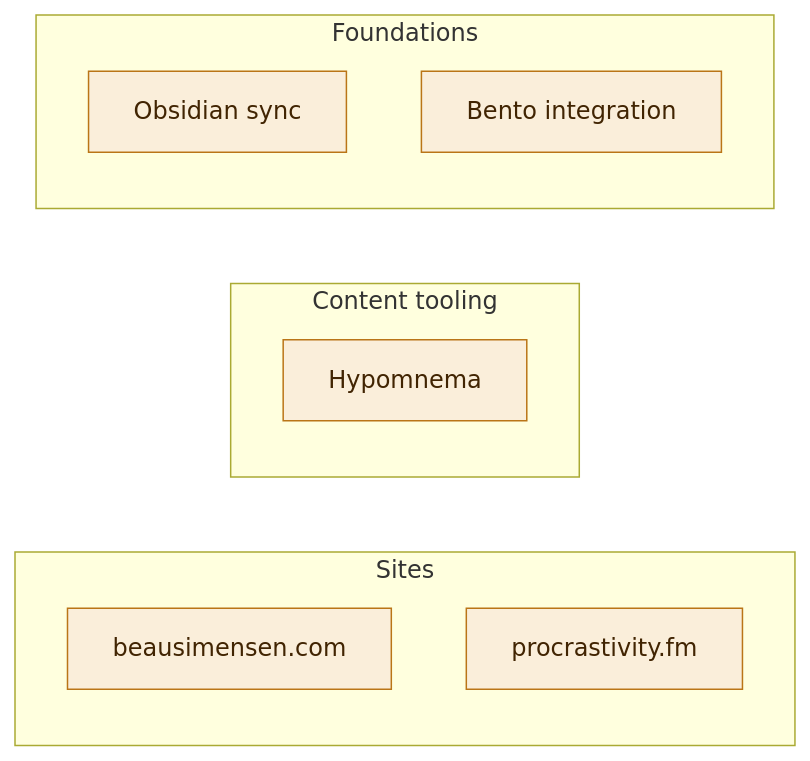
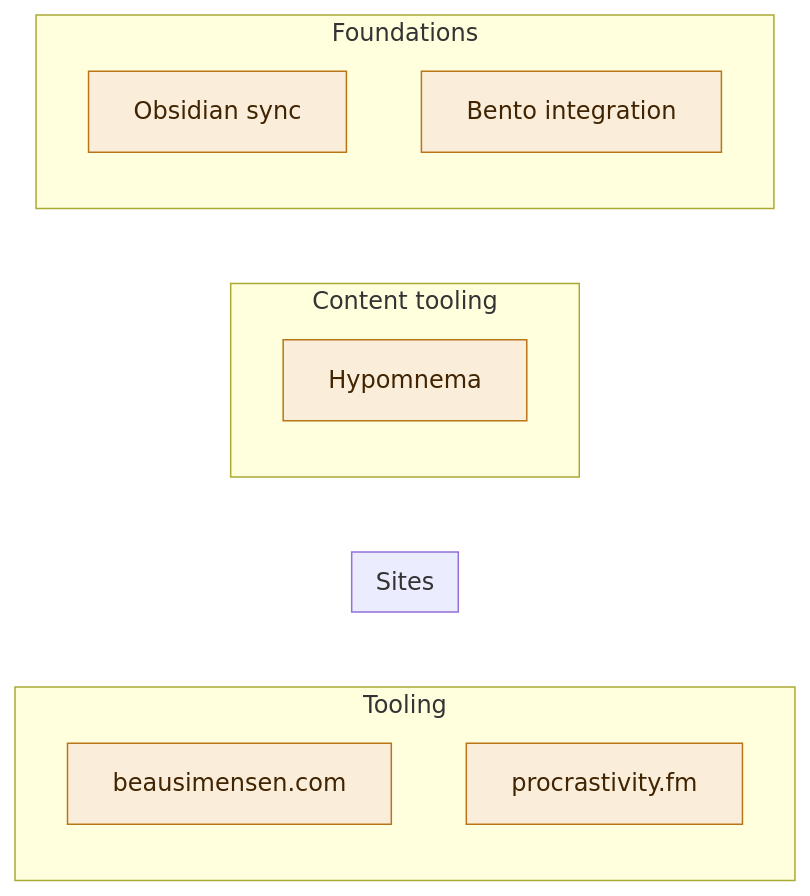
The diagram in pages/now.md (simensen/beausimensen-com-content), drawn with Mermaid before and after one commit.

Commit message:
sync 2026-08-15T13:10:51Z

````diff
--- a/pages/now.md
+++ b/pages/now.md
@@ -12,26 +12,26 @@
 ```mermaid
 flowchart LR
-    subgraph Sites
+    subgraph Tooling
         beausimensen[beausimensen.com]
         procrastivity[procrastivity.fm]
     end
 
     subgraph Sites
         beausimensen[beausimensen.com]
         procrastivity[procrastivity.fm]
     end
 
     subgraph "Content tooling"
         hypomnema[Hypomnema]
     end
 
     subgraph Foundations
         sync[Obsidian sync]
         bento[Bento integration]
     end
 
     classDef shipped fill:#EAF3DE,stroke:#639922,color:#173404
     classDef active fill:#FAEEDA,stroke:#BA7517,color:#412402
     class gethmn shipped
     class beausimensen,procrastivity,hypomnema,sync,bento active
 ```
````
